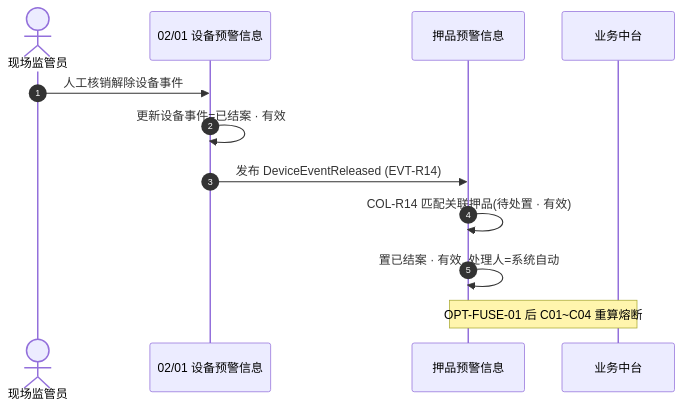
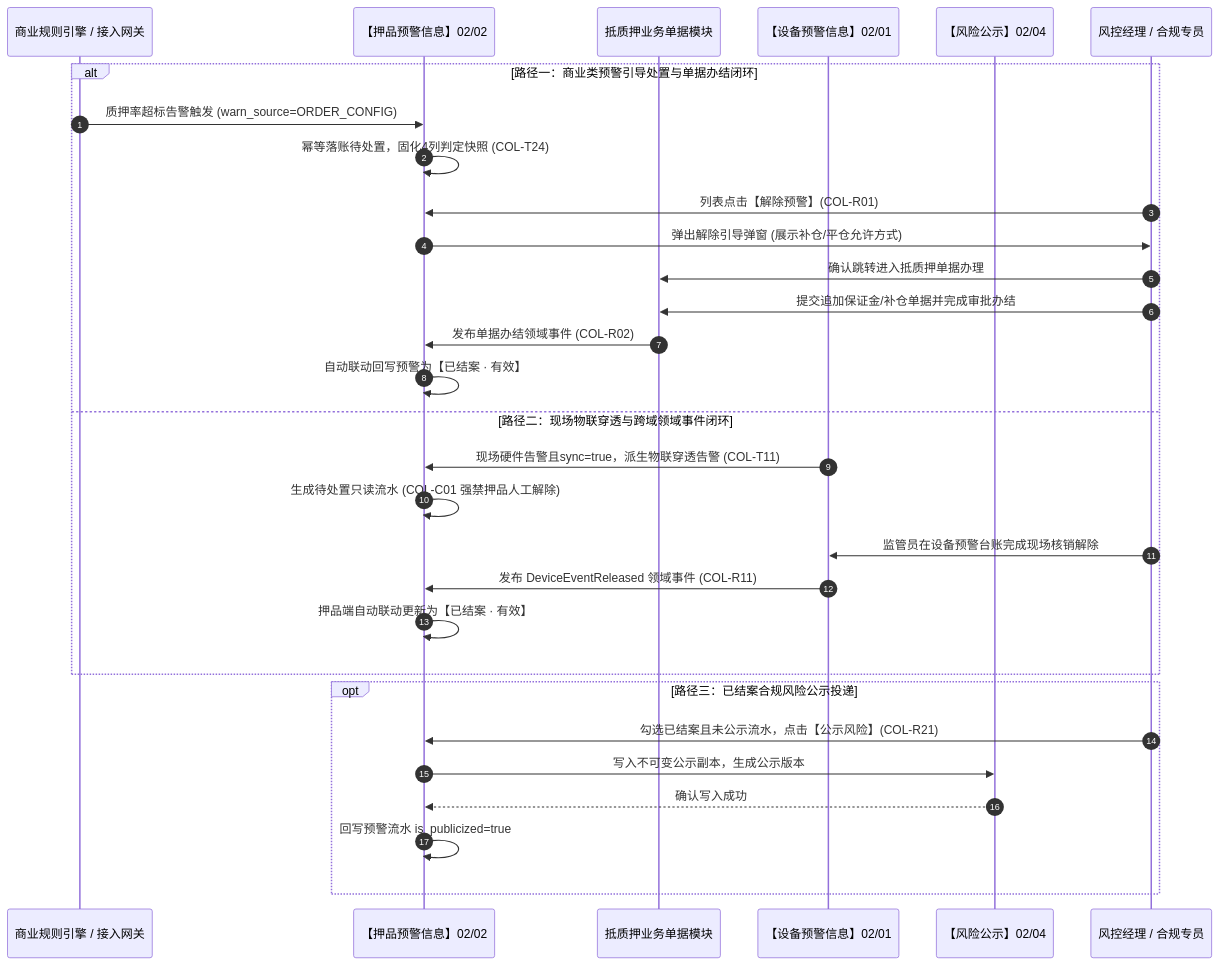
One commit to RobertHuang999/SYZC changed the second of 2 diagrams in 02-PRD文档/B-迭代需求/6.2版本（2026.08）/02-预警信息/02押品预警信息/押品预警信息业务规则规格.md. Above: the diagram before and after it, drawn with Mermaid. The commit also changed other lines of this file and 146 other files, not shown here.

````diff
--- a/02-PRD文档/B-迭代需求/6.2版本（2026.08）/02-预警信息/02押品预警信息/押品预警信息业务规则规格.md
+++ b/02-PRD文档/B-迭代需求/6.2版本（2026.08）/02-预警信息/02押品预警信息/押品预警信息业务规则规格.md
@@ -380,15 +231,34 @@
 ```mermaid
 sequenceDiagram
     autonumber
-    actor User as 现场监管员
-    participant DEV as 02/01 设备预警信息
-    participant COL as 押品预警信息
-    participant BIZ as 业务中台
+    participant ENGINE as 商业规则引擎 / 接入网关
+    participant WARN as 【押品预警信息】02/02
+    participant ORDER_BIZ as 抵质押业务单据模块
+    participant IOT_WARN as 【设备预警信息】02/01
+    participant PUB as 【风险公示】02/04
+    participant USER as 风控经理 / 合规专员
 
-    User->>DEV: 人工核销解除设备事件
-    DEV->>DEV: 更新设备事件=已结案 · 有效
-    DEV->>COL: 发布 DeviceEventReleased (EVT-R14)
-    COL->>COL: COL-R14 匹配关联押品(待处置 · 有效)
-    COL->>COL: 置已结案 · 有效, 处理人=系统自动
-    Note over COL,BIZ: OPT-FUSE-01 后 C01~C04 重算熔断
+    alt 路径一：商业类预警引导处置与单据办结闭环
+        ENGINE->>WARN: 质押率超标告警触发 (warn_source=ORDER_CONFIG)
+        WARN->>WARN: 幂等落账待处置，固化4列判定快照 (COL-T24)
+        USER->>WARN: 列表点击【解除预警】(COL-R01)
+        WARN->>USER: 弹出解除引导弹窗 (展示补仓/平仓允许方式)
+        USER->>ORDER_BIZ: 确认跳转进入抵质押单据办理
+        USER->>ORDER_BIZ: 提交追加保证金/补仓单据并完成审批办结
+        ORDER_BIZ->>WARN: 发布单据办结领域事件 (COL-R02)
+        WARN->>WARN: 自动联动回写预警为【已结案 · 有效】
+    else 路径二：现场物联穿透与跨域领域事件闭环
+        IOT_WARN->>WARN: 现场硬件告警且sync=true，派生物联穿透告警 (COL-T11)
+        WARN->>WARN: 生成待处置只读流水 (COL-C01 强禁押品人工解除)
+        USER->>IOT_WARN: 监管员在设备预警台账完成现场核销解除
+        IOT_WARN->>WARN: 发布 DeviceEventReleased 领域事件 (COL-R11)
+        WARN->>WARN: 押品端自动联动更新为【已结案 · 有效】
+    end
+
+    opt 路径三：已结案合规风险公示投递
+        USER->>WARN: 勾选已结案且未公示流水，点击【公示风险】(COL-R21)
+        WARN->>PUB: 写入不可变公示副本，生成公示版本
+        PUB-->>WARN: 确认写入成功
+        WARN->>WARN: 回写预警流水 is_publicized=true
+    end
 ```
````
